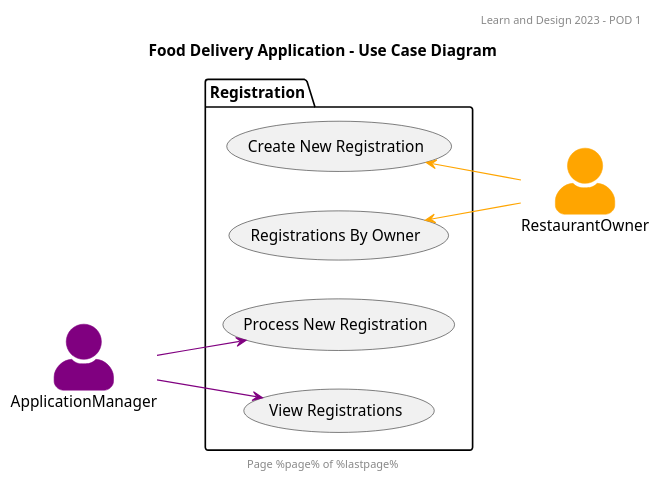
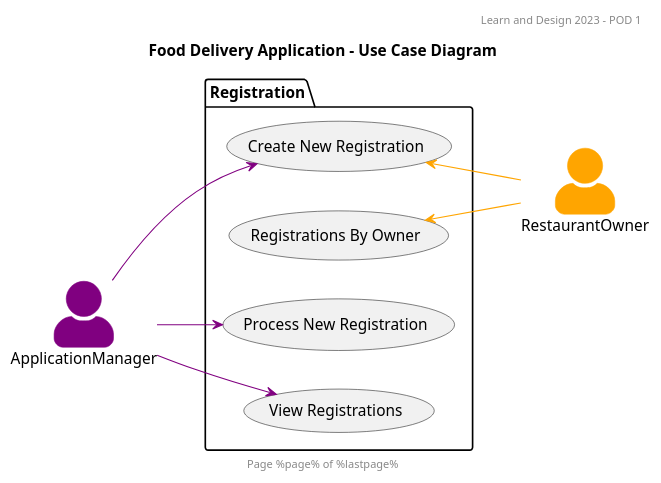
One commit to WestonDockstader/FoodDeliveryApp changed the diagram in UseCaseDiagrams/FoodDeliveryApp-Registration-UseCases.puml. Above: the diagram before and after it, drawn with PlantUML. The commit also changed 1 other file, not shown here.

Commit message:
Fix Use Case Registration for Create Registration.

```diff
--- a/UseCaseDiagrams/FoodDeliveryApp-Registration-UseCases.puml
+++ b/UseCaseDiagrams/FoodDeliveryApp-Registration-UseCases.puml
@@ -1,22 +1,23 @@
 @startuml
 header Learn and Design 2023 - POD 1
 footer Page %page% of %lastpage%
 title: Food Delivery Application - Use Case Diagram
 
 left to right direction
 
 skinparam actorStyle awesome
 
 actor ApplicationManager #purple;line:purple
 
 actor RestaurantOwner #orange;line:orange
 
 package Registration {
     (Create New Registration) <-[#orange]- RestaurantOwner
+    ApplicationManager -[#purple]-> (Create New Registration)
     (Registrations By Owner) <-[#orange]- RestaurantOwner
 
     ApplicationManager -[#purple]-> (Process New Registration)
     ApplicationManager -[#purple]-> (View Registrations)
 }
 
 @enduml
```
